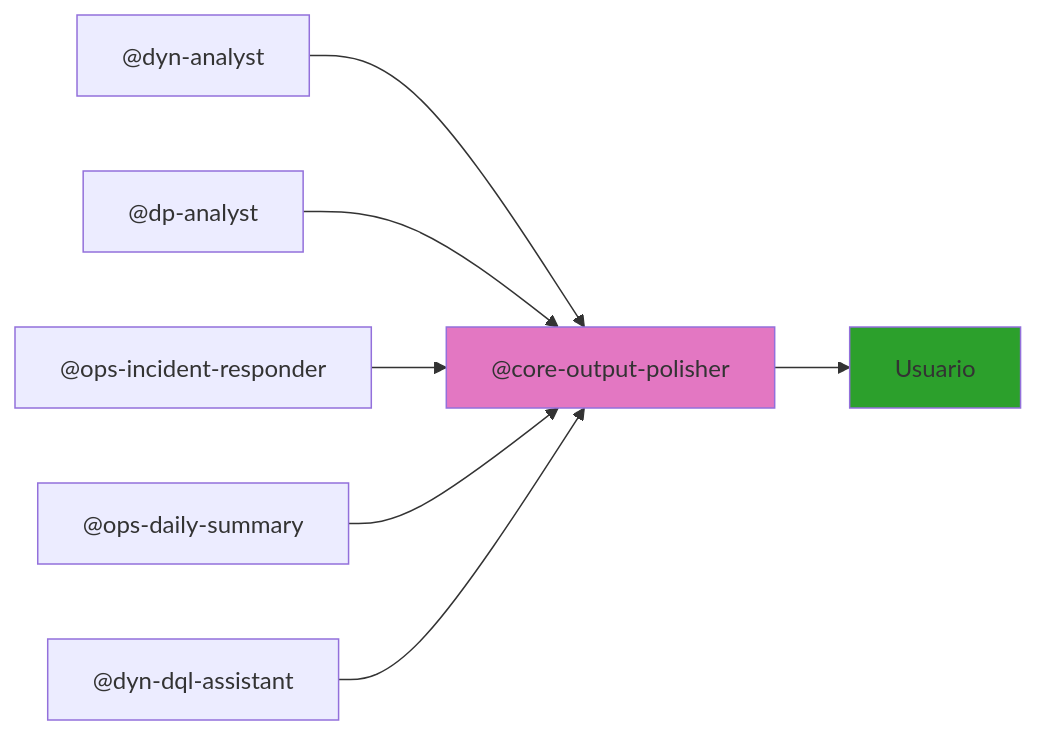
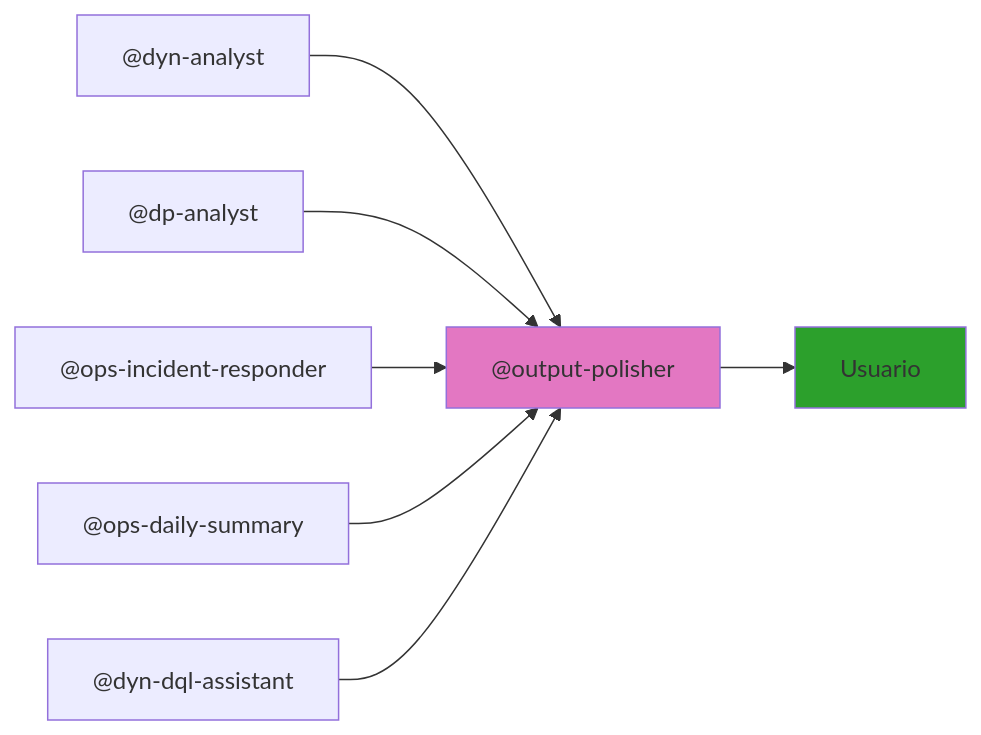
One commit to johansparra/ai-carib-intelligence-agent changed the diagram in .github/README.md. Above: the diagram before and after it, drawn with Mermaid. The commit also changed other lines of this file and 3 other files, not shown here.

First line of the commit message:
docs: sync README.md diagrams and project references

````diff
--- a/.github/README.md
+++ b/.github/README.md
@@ -35,12 +35,12 @@
 ```mermaid
 graph LR
-    A["@dyn-analyst"] --> OP["@core-output-polisher"]
+    A["@dyn-analyst"] --> OP["@output-polisher"]
     B["@dp-analyst"] --> OP
     C["@ops-incident-responder"] --> OP
     D["@ops-daily-summary"] --> OP
     E["@dyn-dql-assistant"] --> OP
     OP --> U["Usuario"]
 
     style OP fill:#e377c2
     style U fill:#2ca02c
 ```
````
